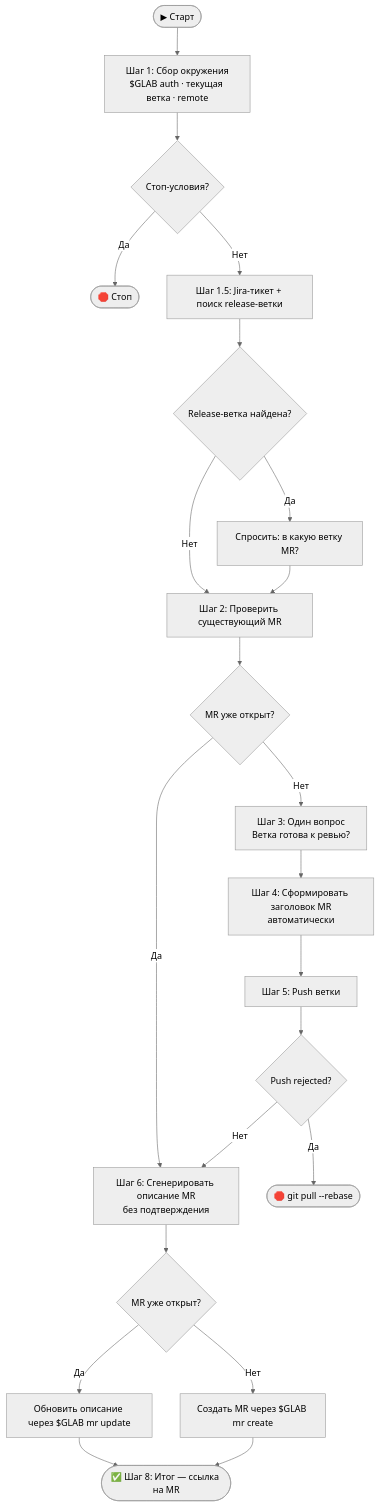
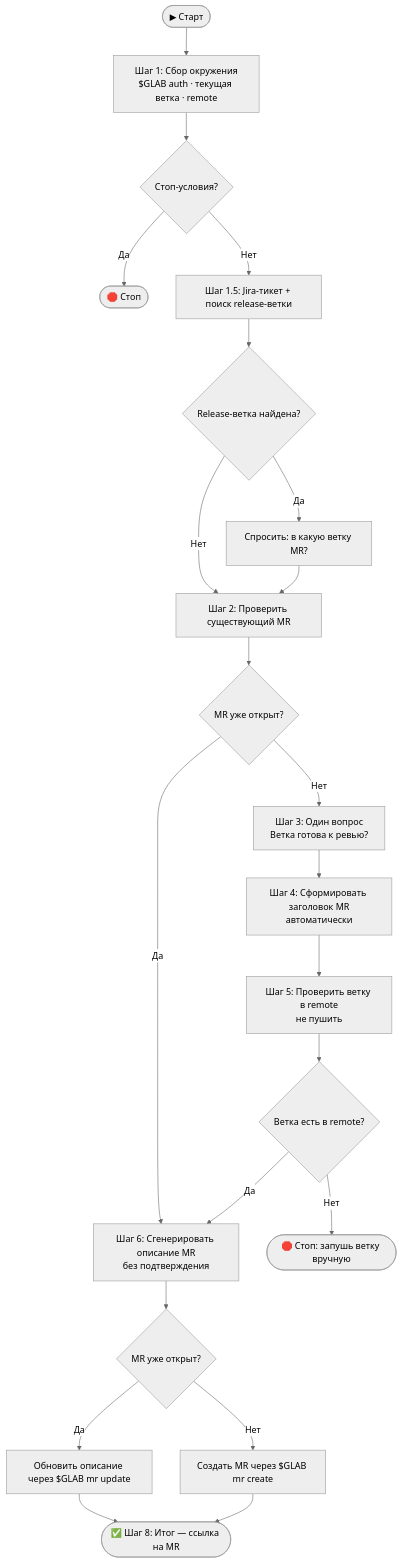
Before and after one commit to ar2r/claude-skills: the diagram in skills/create-mr/SKILL.md, drawn with Mermaid (neutral theme). The commit also changed other lines of this file and 3 other files, not shown here.

````diff
--- a/skills/create-mr/SKILL.md
+++ b/skills/create-mr/SKILL.md
@@ -37,24 +37,24 @@
 ```mermaid
 flowchart TD
     A([▶ Старт]) --> B[Шаг 1: Сбор окружения\n$GLAB auth · текущая ветка · remote]
     B --> B1{Стоп-условия?}
     B1 -->|Да| STOP1([🛑 Стоп])
     B1 -->|Нет| B2[Шаг 1.5: Jira-тикет + поиск release-ветки]
     B2 --> B3{Release-ветка найдена?}
     B3 -->|Да| B4[Спросить: в какую ветку MR?]
     B3 -->|Нет| C
     B4 --> C[Шаг 2: Проверить существующий MR]
     C --> C1{MR уже открыт?}
     C1 -->|Да| G[Шаг 6: Сгенерировать описание MR\nбез подтверждения]
     C1 -->|Нет| D[Шаг 3: Один вопрос\nВетка готова к ревью?]
     D --> E[Шаг 4: Сформировать заголовок MR\nавтоматически]
-    E --> F[Шаг 5: Push ветки]
-    F --> F1{Push rejected?}
-    F1 -->|Да| STOP3([🛑 git pull --rebase])
-    F1 -->|Нет| G
+    E --> F[Шаг 5: Проверить ветку в remote\nне пушить]
+    F --> F1{Ветка есть в remote?}
+    F1 -->|Да| G
+    F1 -->|Нет| STOP3([🛑 Стоп: запушь ветку вручную])
     G --> H{MR уже открыт?}
     H -->|Да| I[Обновить описание через $GLAB mr update]
     H -->|Нет| J[Создать MR через $GLAB mr create]
     I --> K([✅ Шаг 8: Итог — ссылка на MR])
     J --> K
 ```
````
